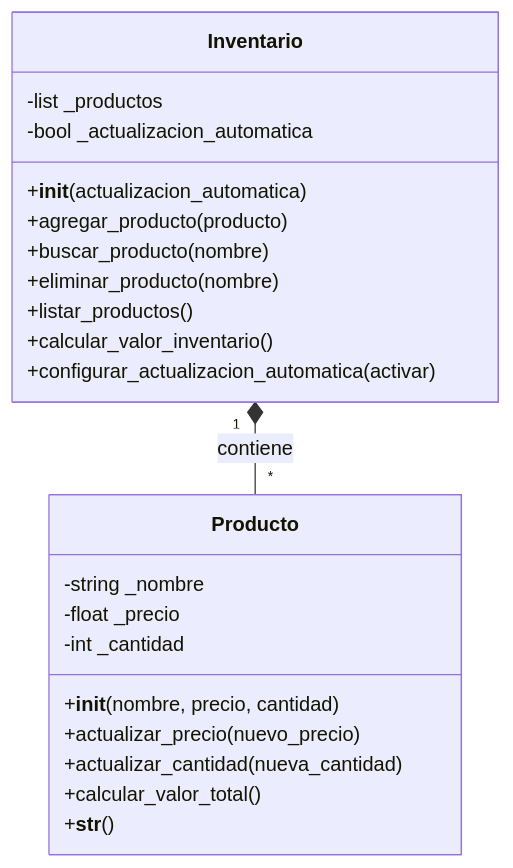
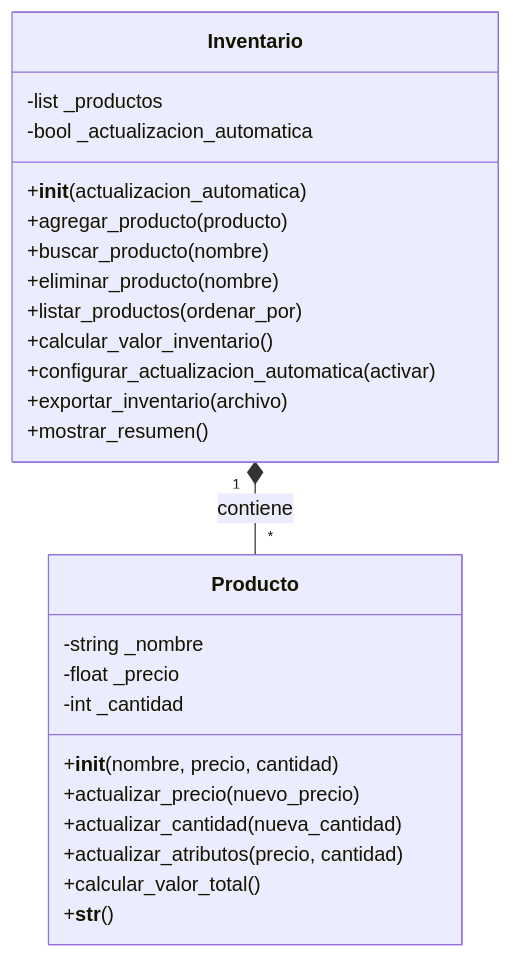
The second of 3 diagrams in README.md (LorelayWilson/Curso_Python_UNIR), drawn with Mermaid before and after one commit. The commit also changed other lines of this file and 3 other files, not shown here.

````diff
--- a/README.md
+++ b/README.md
@@ -116,27 +116,30 @@
 ```mermaid
 classDiagram
     class Producto {
         -string _nombre
         -float _precio
         -int _cantidad
         +__init__(nombre, precio, cantidad)
         +actualizar_precio(nuevo_precio)
         +actualizar_cantidad(nueva_cantidad)
+        +actualizar_atributos(precio, cantidad)
         +calcular_valor_total()
         +__str__()
     }
     
     class Inventario {
         -list _productos
         -bool _actualizacion_automatica
         +__init__(actualizacion_automatica)
         +agregar_producto(producto)
         +buscar_producto(nombre)
         +eliminar_producto(nombre)
-        +listar_productos()
+        +listar_productos(ordenar_por)
         +calcular_valor_inventario()
         +configurar_actualizacion_automatica(activar)
+        +exportar_inventario(archivo)
+        +mostrar_resumen()
     }
     
     Inventario "1" *-- "*" Producto : contiene
 ```
````
